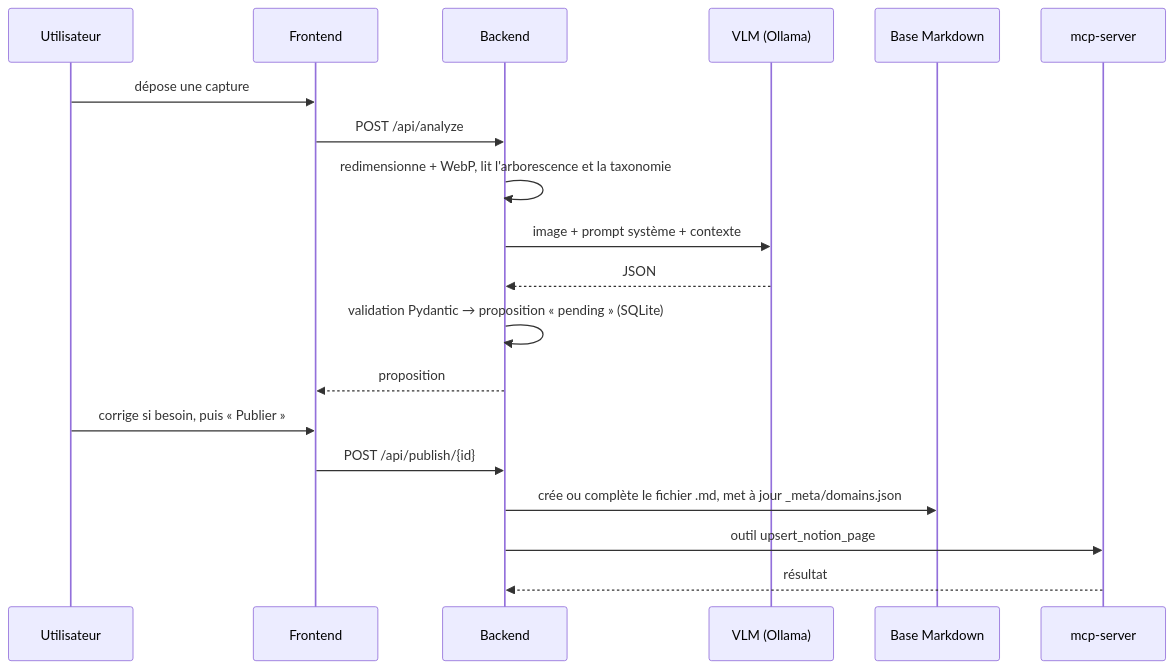
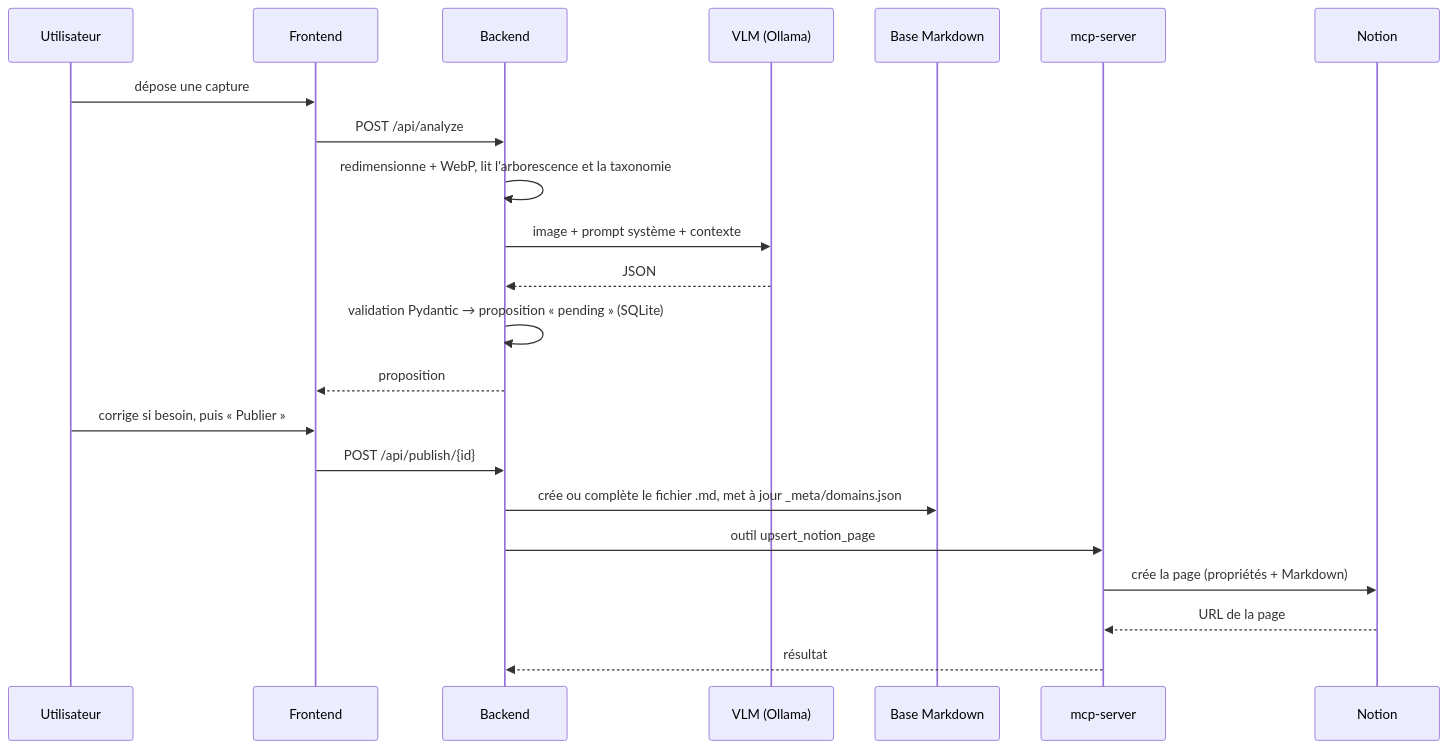
The second of 2 diagrams in README.md (NABIHAyman/Assistant_Cognitif_V2), drawn with Mermaid before and after one commit. The commit also changed other lines of this file, not shown here.

Commit message:
docs: document Notion publishing

````diff
--- a/README.md
+++ b/README.md
@@ -85,21 +84,24 @@
 ```mermaid
 sequenceDiagram
     participant U as Utilisateur
     participant F as Frontend
     participant B as Backend
     participant V as VLM (Ollama)
     participant K as Base Markdown
     participant M as mcp-server
+    participant N as Notion
     U->>F: dépose une capture
     F->>B: POST /api/analyze
     B->>B: redimensionne + WebP, lit l'arborescence et la taxonomie
     B->>V: image + prompt système + contexte
     V-->>B: JSON
     B->>B: validation Pydantic → proposition « pending » (SQLite)
     B-->>F: proposition
     U->>F: corrige si besoin, puis « Publier »
     F->>B: POST /api/publish/{id}
     B->>K: crée ou complète le fichier .md, met à jour _meta/domains.json
     B->>M: outil upsert_notion_page
+    M->>N: crée la page (propriétés + Markdown)
+    N-->>M: URL de la page
     M-->>B: résultat
 ```
````
